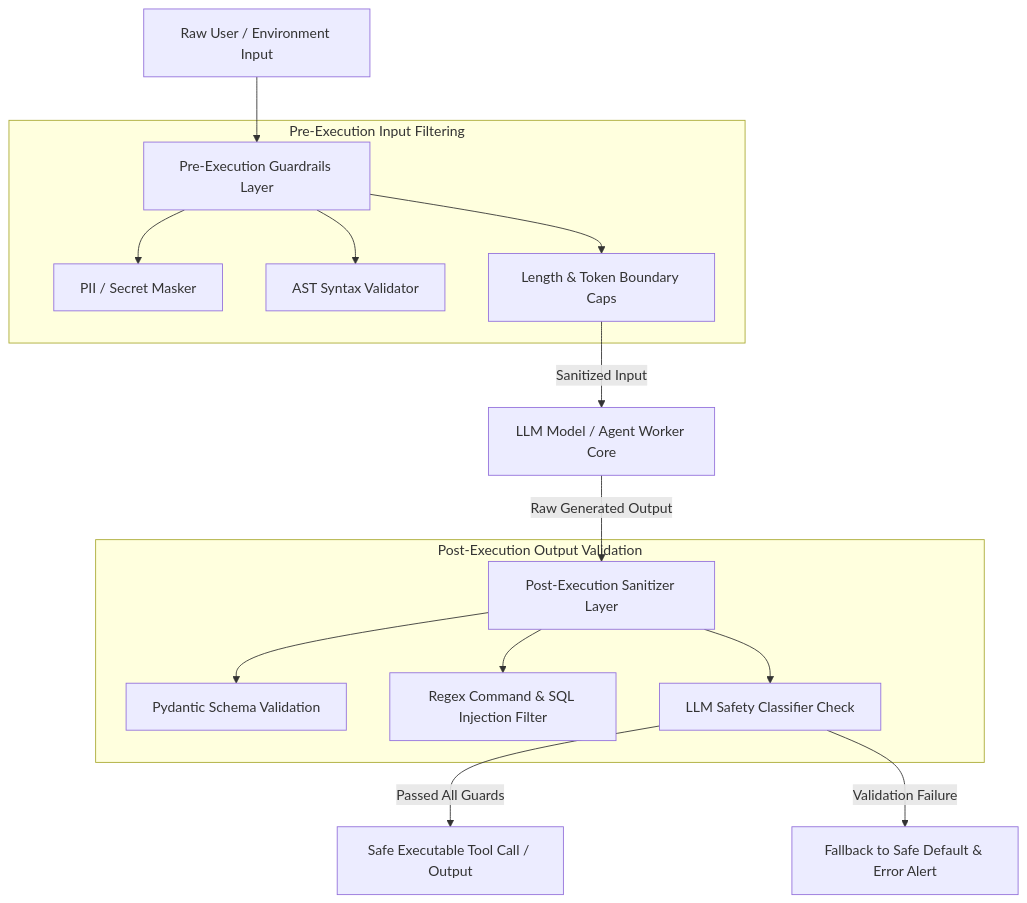
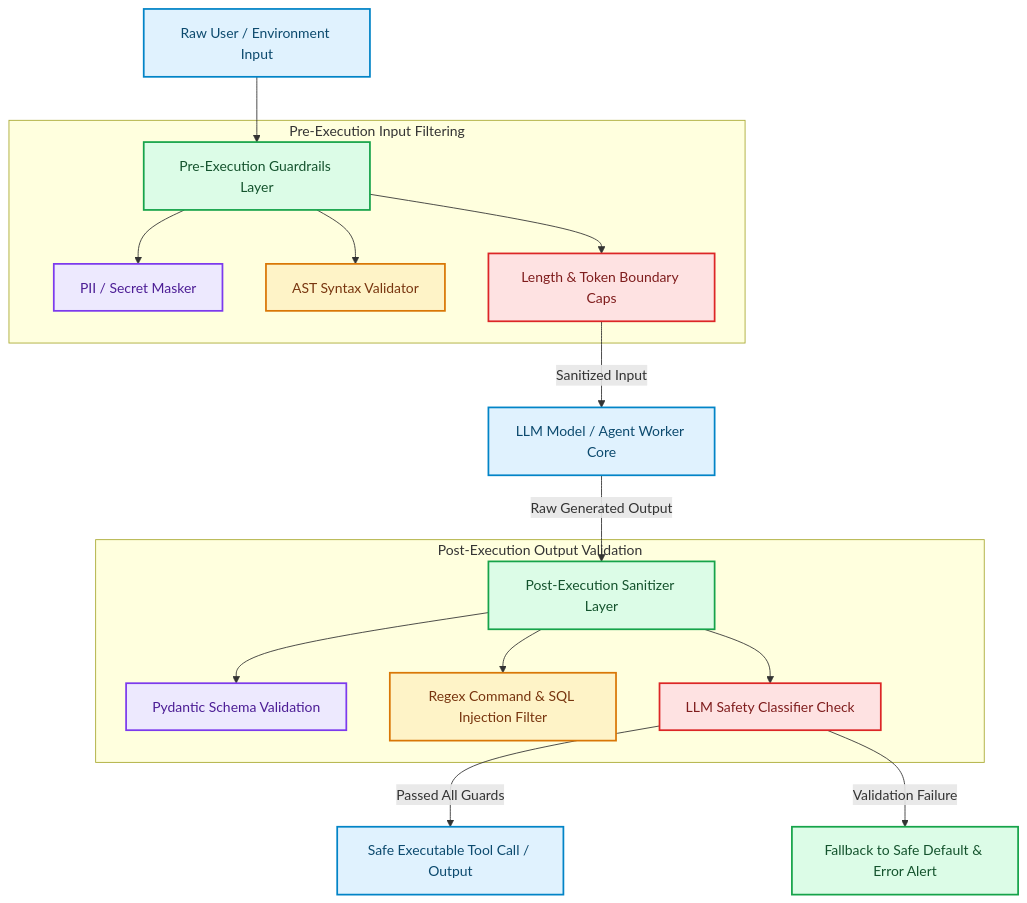
Before and after one commit to akmalkhaniub/akmalkhaniub.github.io: the diagram in blog/posts/agentic-security-content-safety-guardrails-deterministic-sanitizers.md, drawn with Mermaid. The commit also changed other lines of this file and 1291 other files, not shown here.

First line of the commit message:
feat(catalog): unique covers, scholarly references, and diagram palettes

````diff
--- a/blog/posts/agentic-security-content-safety-guardrails-deterministic-sanitizers.md
+++ b/blog/posts/agentic-security-content-safety-guardrails-deterministic-sanitizers.md
@@ -17,22 +17,33 @@
 ```mermaid
 flowchart TD
-  A[Raw User / Environment Input] --> B[Pre-Execution Guardrails Layer]
+  A["Raw User / Environment Input"] --> B["Pre-Execution Guardrails Layer"]
   
   subgraph SG1_PreExecutionInput ["Pre-Execution Input Filtering"]
-    B --> C[PII / Secret Masker]
-    B --> D[AST Syntax Validator]
-    B --> E[Length & Token Boundary Caps]
+    B --> C["PII / Secret Masker"]
+    B --> D["AST Syntax Validator"]
+    B --> E["Length & Token Boundary Caps"]
   end
   
-  E -->|Sanitized Input| F[LLM Model / Agent Worker Core]
-  F -->|Raw Generated Output| G[Post-Execution Sanitizer Layer]
+  E -->|Sanitized Input| F["LLM Model / Agent Worker Core"]
+  F -->|Raw Generated Output| G["Post-Execution Sanitizer Layer"]
   
   subgraph SG2_PostExecutionOutput ["Post-Execution Output Validation"]
-    G --> H[Pydantic Schema Validation]
-    G --> I[Regex Command & SQL Injection Filter]
-    G --> J[LLM Safety Classifier Check]
+    G --> H["Pydantic Schema Validation"]
+    G --> I["Regex Command & SQL Injection Filter"]
+    G --> J["LLM Safety Classifier Check"]
   end
   
-  J -->|Passed All Guards| K[Safe Executable Tool Call / Output]
-  J -->|Validation Failure| L[Fallback to Safe Default & Error Alert]
+  J -->|Passed All Guards| K["Safe Executable Tool Call / Output"]
+  J -->|Validation Failure| L["Fallback to Safe Default & Error Alert"]
+
+classDef green fill:#dcfce7,stroke:#16a34a,stroke-width:2px,color:#14532d;
+classDef red fill:#fee2e2,stroke:#dc2626,stroke-width:2px,color:#7f1d1d;
+classDef blue fill:#e0f2fe,stroke:#0284c7,stroke-width:2px,color:#0c4a6e;
+classDef yellow fill:#fef3c7,stroke:#d97706,stroke-width:2px,color:#78350f;
+classDef purple fill:#ede9fe,stroke:#7c3aed,stroke-width:2px,color:#4c1d95;
+class A,F,K blue
+class B,G,L green
+class C,H purple
+class D,I yellow
+class E,J red
 ```
````
